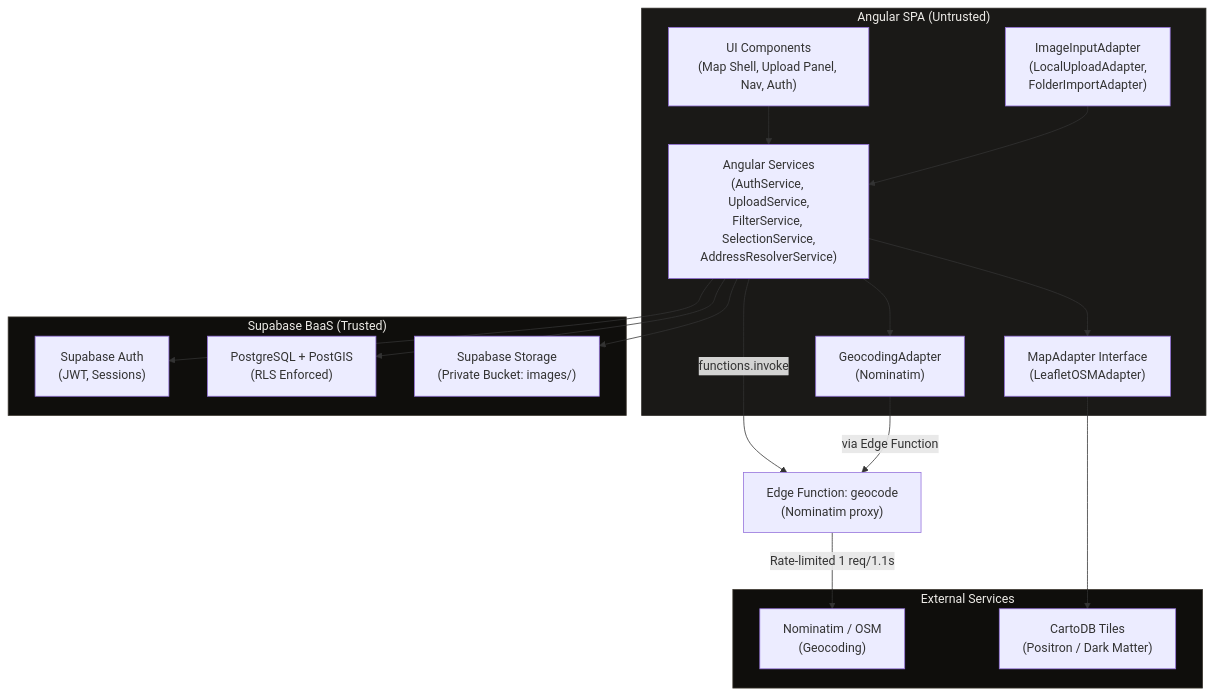
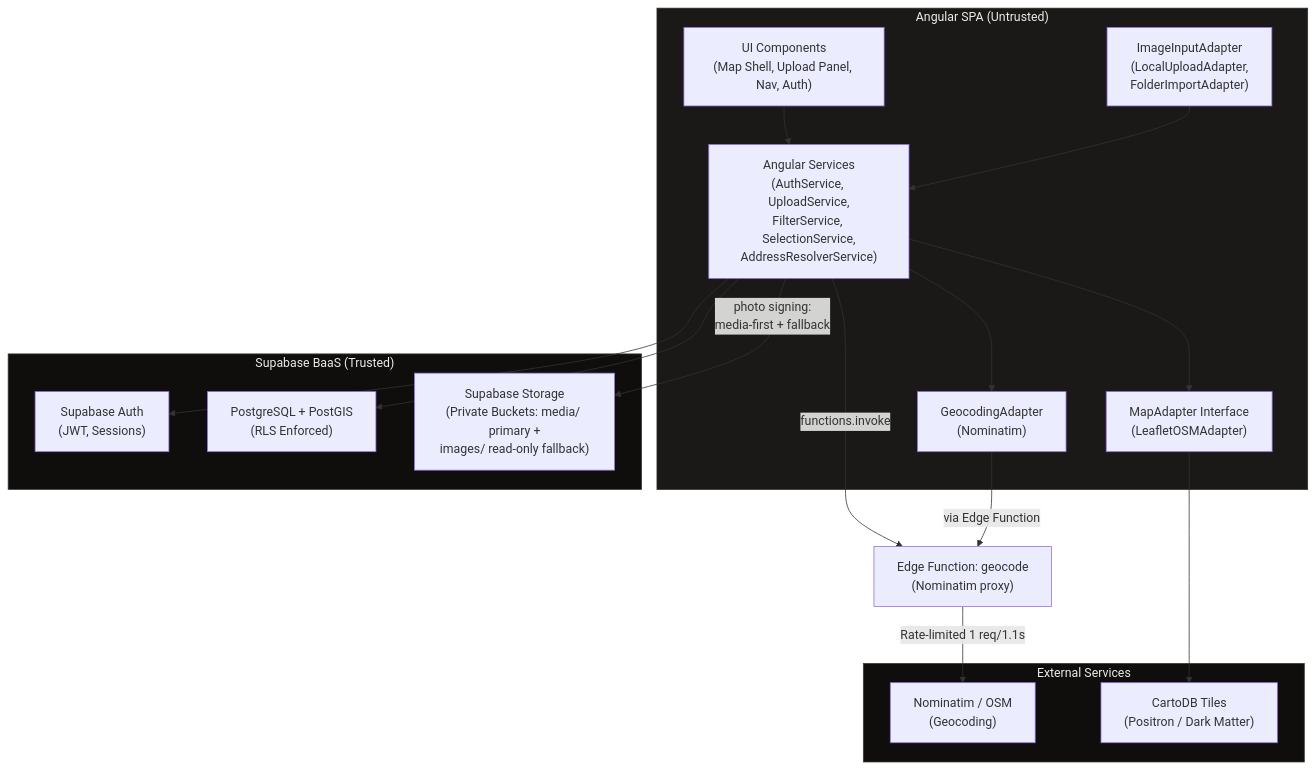
One commit to matkleve/feldpost changed the first of 11 diagrams in docs/architecture.md. Above: the diagram before and after it, drawn with Mermaid. The commit also changed 20 other files, not shown here.

First line of the commit message:
feat: Implement media bucket cutover and decouple from public.images

````diff
--- a/docs/architecture.md
+++ b/docs/architecture.md
@@ -40,37 +40,37 @@
 ```mermaid
 graph TB
   subgraph Client["Angular SPA (Untrusted)"]
     UI["UI Components<br/>(Map Shell, Upload Panel, Nav, Auth)"]
     Services["Angular Services<br/>(AuthService, UploadService,<br/>FilterService, SelectionService,<br/>AddressResolverService)"]
     MapAdapter["MapAdapter Interface<br/>(LeafletOSMAdapter)"]
     GeoAdapter["GeocodingAdapter<br/>(Nominatim)"]
     InputAdapter["ImageInputAdapter<br/>(LocalUploadAdapter,<br/>FolderImportAdapter)"]
   end
 
   subgraph Supabase["Supabase BaaS (Trusted)"]
     Auth["Supabase Auth<br/>(JWT, Sessions)"]
     DB["PostgreSQL + PostGIS<br/>(RLS Enforced)"]
-    Storage["Supabase Storage<br/>(Private Bucket: images/)"]
+    Storage["Supabase Storage<br/>(Private Buckets: media/ primary +<br/>images/ read-only fallback)"]
   end
 
   subgraph External["External Services"]
     Nominatim["Nominatim / OSM<br/>(Geocoding)"]
     Tiles["CartoDB Tiles<br/>(Positron / Dark Matter)"]
   end
 
   UI --> Services
   Services --> Auth
   Services --> DB
-  Services --> Storage
+  Services -->|"photo signing:<br/>media-first + fallback"| Storage
   Services -->|"functions.invoke"| EdgeFn["Edge Function: geocode<br/>(Nominatim proxy)"]
   EdgeFn -->|"Rate-limited 1 req/1.1s"| Nominatim
   MapAdapter --> Tiles
   InputAdapter --> Services
   Services --> MapAdapter
   Services --> GeoAdapter
   GeoAdapter -->|"via Edge Function"| EdgeFn
 
   style Client fill:#1a1917,stroke:#2E2B27,color:#EDEBE7
   style Supabase fill:#0F0E0C,stroke:#3D3830,color:#EDEBE7
   style External fill:#0F0E0C,stroke:#3D3830,color:#EDEBE7
 ```
````
